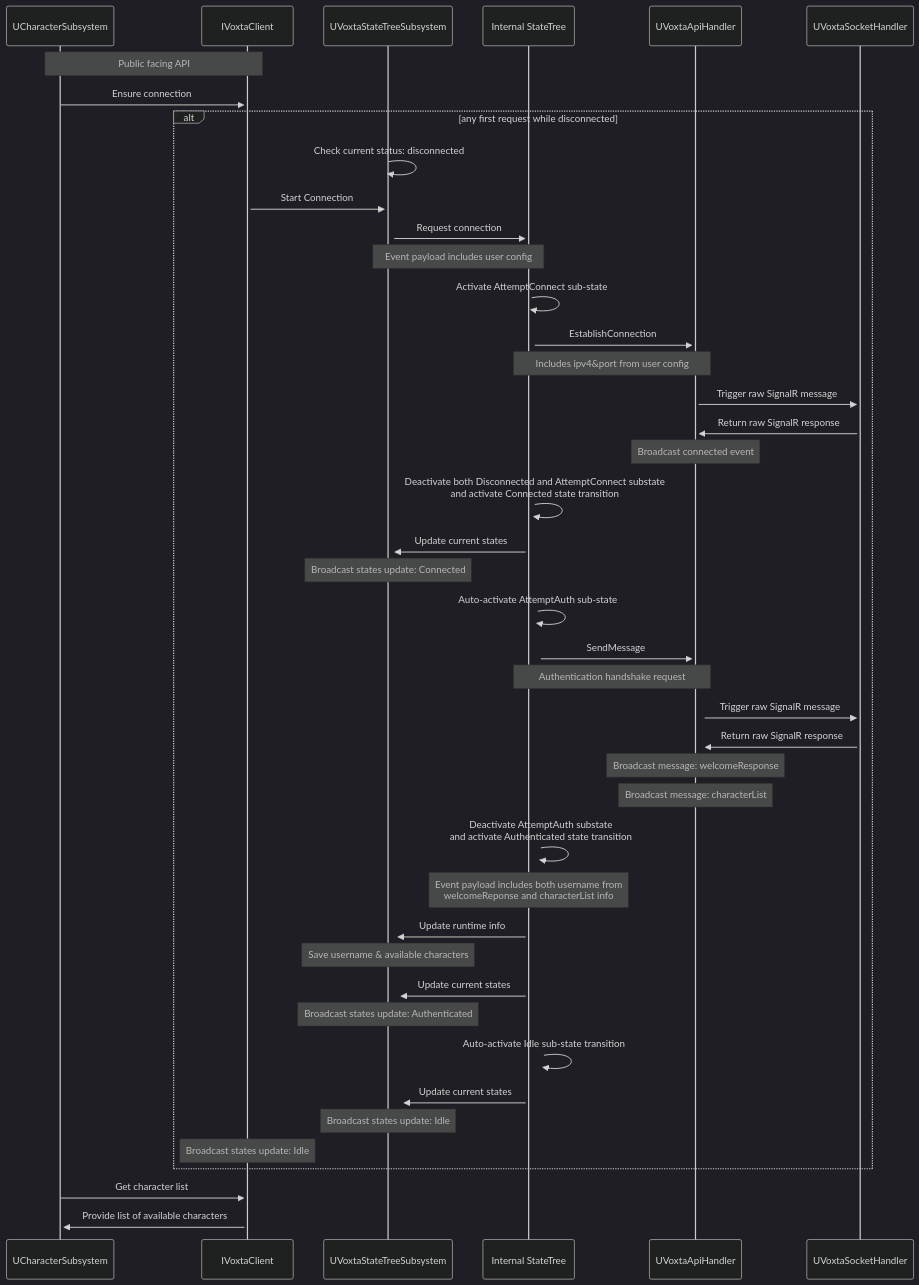
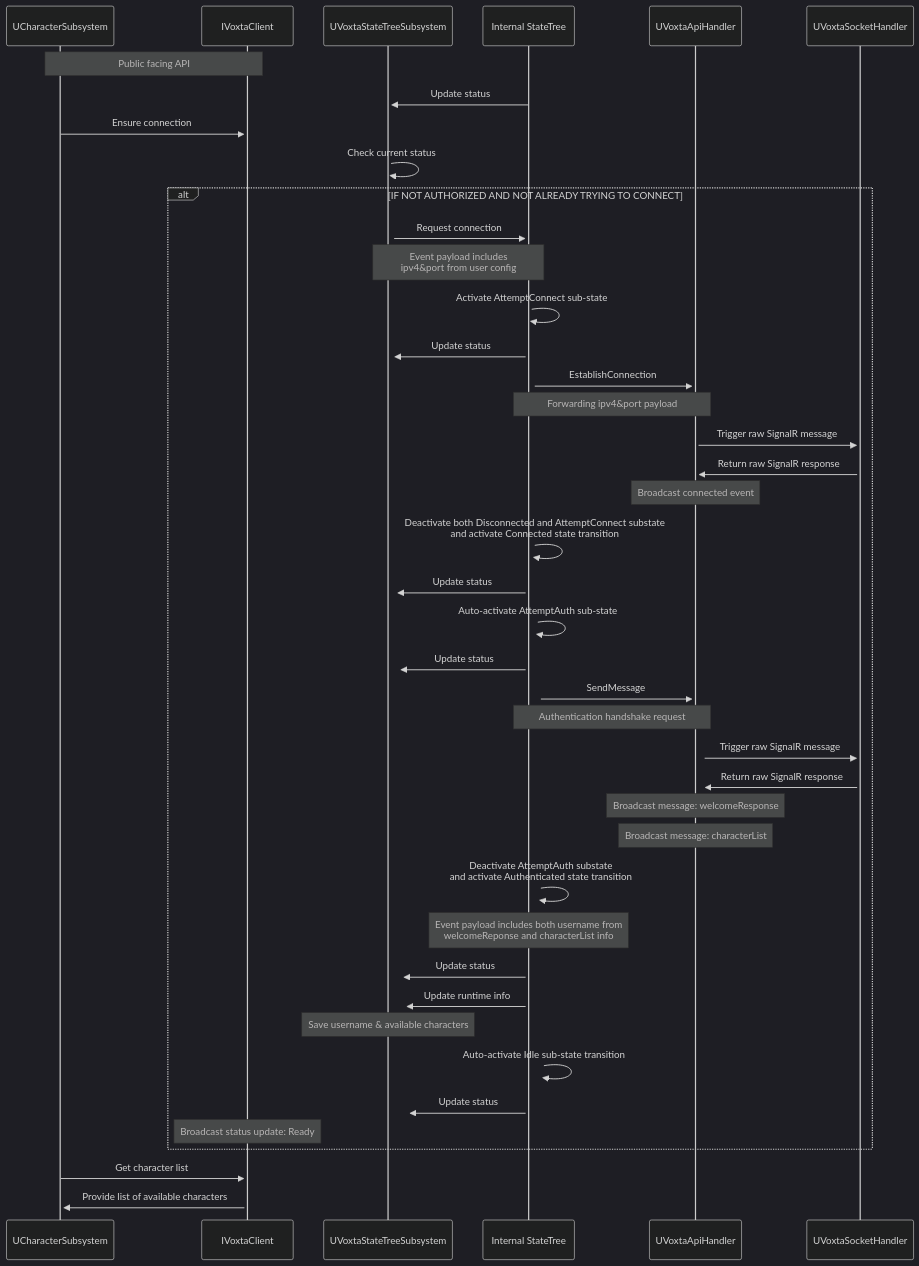
One commit to grrimgrriefer/UnrealVoxta changed the diagram in README.md. Above: the diagram before and after it, drawn with Mermaid. The commit also changed 11 other files, not shown here.

````diff
--- a/README.md
+++ b/README.md
@@ -14,54 +14,58 @@
 ```mermaid
 ---
 config:
   theme: dark
 ---
 sequenceDiagram
 	Note over UCharacterSubsystem,IVoxtaClient: Public facing API
+    participant UVoxtaStateTreeSubsystem
+
+    Internal StateTree->>+UVoxtaStateTreeSubsystem: Update status
+
 	UCharacterSubsystem->>+IVoxtaClient: Ensure connection
+	UVoxtaStateTreeSubsystem->>+UVoxtaStateTreeSubsystem: Check current status
 
-	alt any first request while disconnected
-		UVoxtaStateTreeSubsystem->>+UVoxtaStateTreeSubsystem: Check current status: disconnected
-		IVoxtaClient->>+UVoxtaStateTreeSubsystem: Start Connection
+	alt IF NOT AUTHORIZED AND NOT ALREADY TRYING TO CONNECT
+		UVoxtaStateTreeSubsystem->>+Internal StateTree: Request connection
+			Note over UVoxtaStateTreeSubsystem,Internal StateTree: Event payload includes <br /> ipv4&port from user config
+		Internal StateTree->>+Internal StateTree: Activate AttemptConnect sub-state
+            Internal StateTree->>+UVoxtaStateTreeSubsystem: Update status
 
-		UVoxtaStateTreeSubsystem->>+Internal StateTree: Request connection
-			Note over UVoxtaStateTreeSubsystem,Internal StateTree: Event payload includes user config
-		Internal StateTree->>+Internal StateTree: Activate AttemptConnect sub-state
 		Internal StateTree->>+UVoxtaApiHandler: EstablishConnection
-			Note over Internal StateTree,UVoxtaApiHandler: Includes ipv4&port from user config
+			Note over Internal StateTree,UVoxtaApiHandler: Forwarding ipv4&port payload
 
 		UVoxtaApiHandler->>+UVoxtaSocketHandler: Trigger raw SignalR message
 		UVoxtaSocketHandler->>+UVoxtaApiHandler: Return raw SignalR response
 			Note over UVoxtaApiHandler: Broadcast connected event
 
 		Internal StateTree->>+Internal StateTree: Deactivate both Disconnected and AttemptConnect substate<br /> and activate Connected state transition
-		Internal StateTree->>+UVoxtaStateTreeSubsystem: Update current states
-			Note over UVoxtaStateTreeSubsystem: Broadcast states update: Connected
+		Internal StateTree->>+UVoxtaStateTreeSubsystem: Update status
 
 		Internal StateTree->>+Internal StateTree: Auto-activate AttemptAuth sub-state
+            Internal StateTree->>+UVoxtaStateTreeSubsystem: Update status
+
 		Internal StateTree->>+UVoxtaApiHandler: SendMessage
 			Note over Internal StateTree,UVoxtaApiHandler: Authentication handshake request
 
 		UVoxtaApiHandler->>+UVoxtaSocketHandler: Trigger raw SignalR message
 		UVoxtaSocketHandler->>+UVoxtaApiHandler: Return raw SignalR response
 			Note over UVoxtaApiHandler: Broadcast message: welcomeResponse
 			Note over UVoxtaApiHandler: Broadcast message: characterList
 
 		Internal StateTree->>+Internal StateTree: Deactivate AttemptAuth substate<br /> and activate Authenticated state transition
 			Note over Internal StateTree: Event payload includes both username from <br />welcomeReponse and characterList info
 
+        Internal StateTree->>+UVoxtaStateTreeSubsystem: Update status
+
 		Internal StateTree->>+UVoxtaStateTreeSubsystem: Update runtime info
 			Note over UVoxtaStateTreeSubsystem: Save username & available characters
-		Internal StateTree->>+UVoxtaStateTreeSubsystem: Update current states
-			Note over UVoxtaStateTreeSubsystem: Broadcast states update: Authenticated
 
 		Internal StateTree->>+Internal StateTree: Auto-activate Idle sub-state transition
-		Internal StateTree->>+UVoxtaStateTreeSubsystem: Update current states
-			Note over UVoxtaStateTreeSubsystem: Broadcast states update: Idle
-		Note over IVoxtaClient: Broadcast states update: Idle
+		    Internal StateTree->>+UVoxtaStateTreeSubsystem: Update status
+		Note over IVoxtaClient:  Broadcast status update: Ready
 	end
 
 	UCharacterSubsystem->>+IVoxtaClient: Get character list
 
 	IVoxtaClient->>+UCharacterSubsystem: Provide list of available characters
 ```
````
